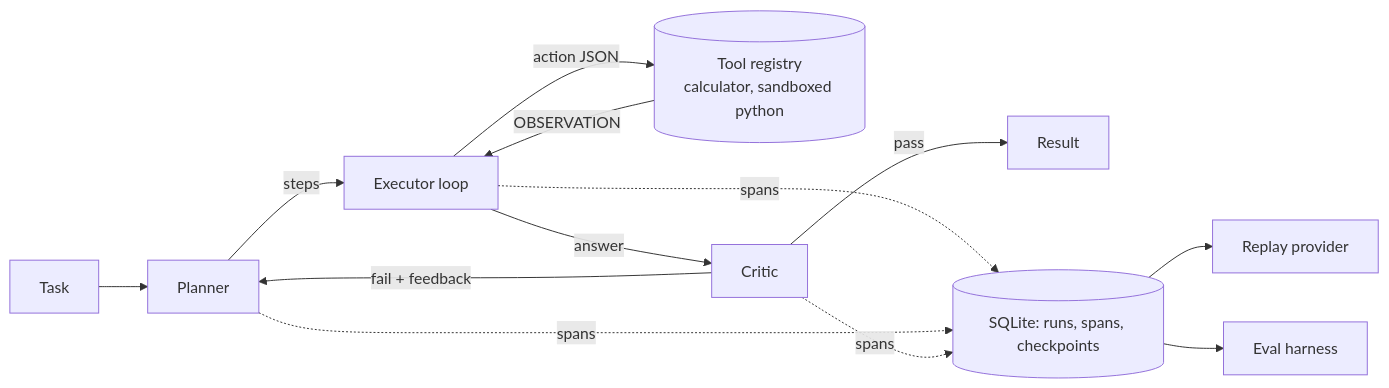
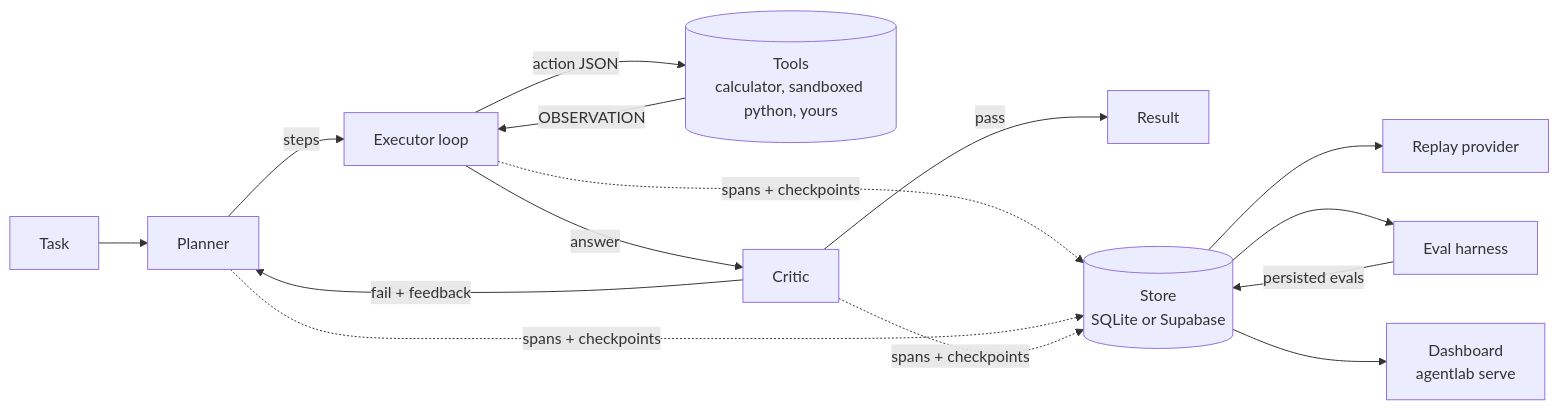
Before and after one commit to firabellamustikahadi03/agentlab: the diagram in README.md, drawn with Mermaid. The commit also changed other lines of this file and 9 other files, not shown here.

````diff
--- a/README.md
+++ b/README.md
@@ -12,13 +72,15 @@
 ```mermaid
 flowchart LR
     T[Task] --> P[Planner]
     P -->|steps| E[Executor loop]
-    E -->|action JSON| TR[(Tool registry<br/>calculator, sandboxed python)]
+    E -->|action JSON| TR[(Tools<br/>calculator, sandboxed python, yours)]
     TR -->|OBSERVATION| E
     E -->|answer| C[Critic]
     C -->|fail + feedback| P
     C -->|pass| R[Result]
-    E & P & C -.spans.-> TS[(SQLite: runs, spans, checkpoints)]
-    TS --> RP[Replay provider]
-    TS --> EV[Eval harness]
+    E & P & C -.spans + checkpoints.-> ST[(Store<br/>SQLite or Supabase)]
+    ST --> RP[Replay provider]
+    ST --> EV[Eval harness]
+    EV -->|persisted evals| ST
+    ST --> D[Dashboard<br/>agentlab serve]
 ```
````
